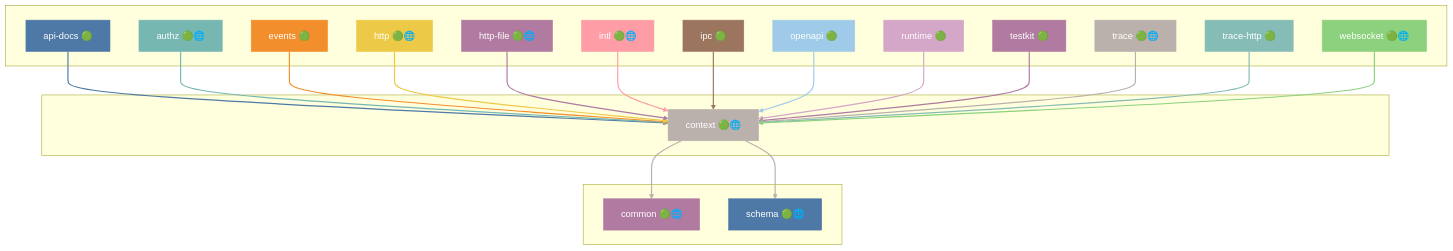
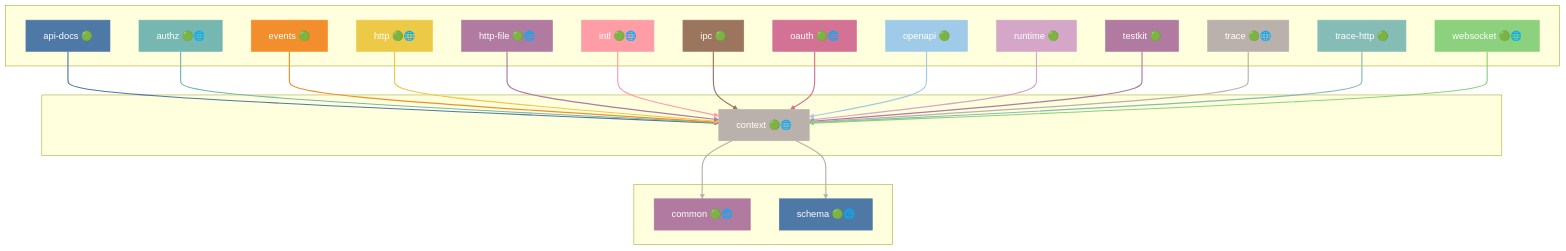
One commit to grest-ts/grest-ts changed diagram 11 of 49 in docs/DEPENDENCIES.md. Above: the diagram before and after it, drawn with Mermaid. The commit also changed other lines of this file and 31 other files, not shown here.

````diff
--- a/docs/DEPENDENCIES.md
+++ b/docs/DEPENDENCIES.md
@@ -785,71 +791,75 @@
 ```mermaid
 flowchart TB
     subgraph Dependents[" "]
         api-docs["api-docs 🟢"]
         authz["authz 🟢🌐"]
         events["events 🟢"]
         http["http 🟢🌐"]
         http-file["http-file 🟢🌐"]
         intl["intl 🟢🌐"]
         ipc["ipc 🟢"]
+        oauth["oauth 🟢🌐"]
         openapi["openapi 🟢"]
         runtime["runtime 🟢"]
         testkit["testkit 🟢"]
         trace["trace 🟢🌐"]
         trace-http["trace-http 🟢"]
         websocket["websocket 🟢🌐"]
     end
     subgraph Package[" "]
         context["context 🟢🌐"]
     end
     subgraph Dependencies[" "]
         common["common 🟢🌐"]
         schema["schema 🟢🌐"]
     end
     api-docs --> context
     authz --> context
     events --> context
     http --> context
     http-file --> context
     intl --> context
     ipc --> context
+    oauth --> context
     openapi --> context
     runtime --> context
     testkit --> context
     trace --> context
     trace-http --> context
     websocket --> context
     context --> common
     context --> schema
     style context fill:#BAB0AC,stroke:#BAB0AC,color:#fff
     style api-docs fill:#4E79A7,stroke:#4E79A7,color:#fff
     style authz fill:#76B7B2,stroke:#76B7B2,color:#fff
     style events fill:#F28E2B,stroke:#F28E2B,color:#fff
     style http fill:#EDC948,stroke:#EDC948,color:#fff
     style http-file fill:#B07AA1,stroke:#B07AA1,color:#fff
     style intl fill:#FF9DA7,stroke:#FF9DA7,color:#fff
     style ipc fill:#9C755F,stroke:#9C755F,color:#fff
+    style oauth fill:#D37295,stroke:#D37295,color:#fff
     style openapi fill:#A0CBE8,stroke:#A0CBE8,color:#fff
     style runtime fill:#D4A6C8,stroke:#D4A6C8,color:#fff
     style testkit fill:#B07AA1,stroke:#B07AA1,color:#fff
     style trace fill:#BAB0AC,stroke:#BAB0AC,color:#fff
     style trace-http fill:#86BCB6,stroke:#86BCB6,color:#fff
     style websocket fill:#8CD17D,stroke:#8CD17D,color:#fff
     style common fill:#B07AA1,stroke:#B07AA1,color:#fff
     style schema fill:#4E79A7,stroke:#4E79A7,color:#fff
     linkStyle 0 stroke:#4E79A7,stroke-width:2px
     linkStyle 1 stroke:#76B7B2,stroke-width:2px
     linkStyle 2 stroke:#F28E2B,stroke-width:2px
     linkStyle 3 stroke:#EDC948,stroke-width:2px
     linkStyle 4 stroke:#B07AA1,stroke-width:2px
     linkStyle 5 stroke:#FF9DA7,stroke-width:2px
     linkStyle 6 stroke:#9C755F,stroke-width:2px
-    linkStyle 7 stroke:#A0CBE8,stroke-width:2px
-    linkStyle 8 stroke:#D4A6C8,stroke-width:2px
-    linkStyle 9 stroke:#B07AA1,stroke-width:2px
-    linkStyle 10 stroke:#BAB0AC,stroke-width:2px
-    linkStyle 11 stroke:#86BCB6,stroke-width:2px
-    linkStyle 12 stroke:#8CD17D,stroke-width:2px
-    linkStyle 13 stroke:#BAB0AC,stroke-width:2px
+    linkStyle 7 stroke:#D37295,stroke-width:2px
+    linkStyle 8 stroke:#A0CBE8,stroke-width:2px
+    linkStyle 9 stroke:#D4A6C8,stroke-width:2px
+    linkStyle 10 stroke:#B07AA1,stroke-width:2px
+    linkStyle 11 stroke:#BAB0AC,stroke-width:2px
+    linkStyle 12 stroke:#86BCB6,stroke-width:2px
+    linkStyle 13 stroke:#8CD17D,stroke-width:2px
     linkStyle 14 stroke:#BAB0AC,stroke-width:2px
+    linkStyle 15 stroke:#BAB0AC,stroke-width:2px
 ```
````
